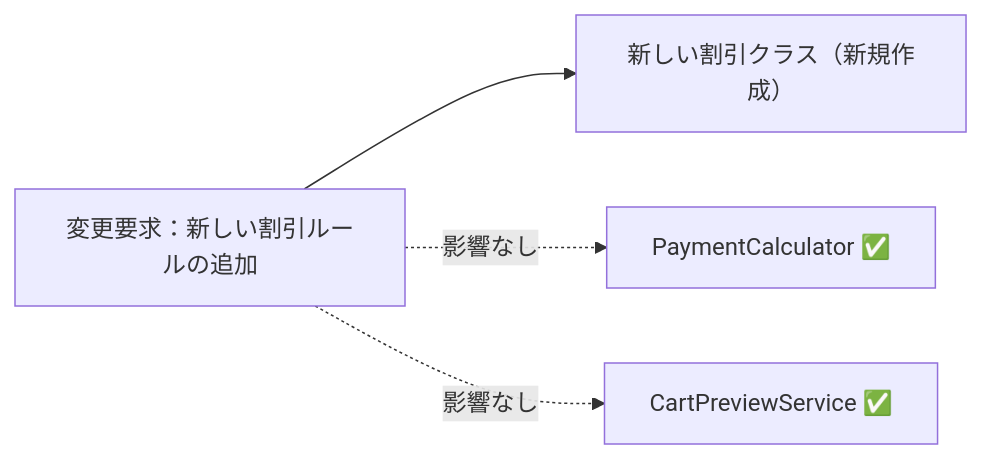
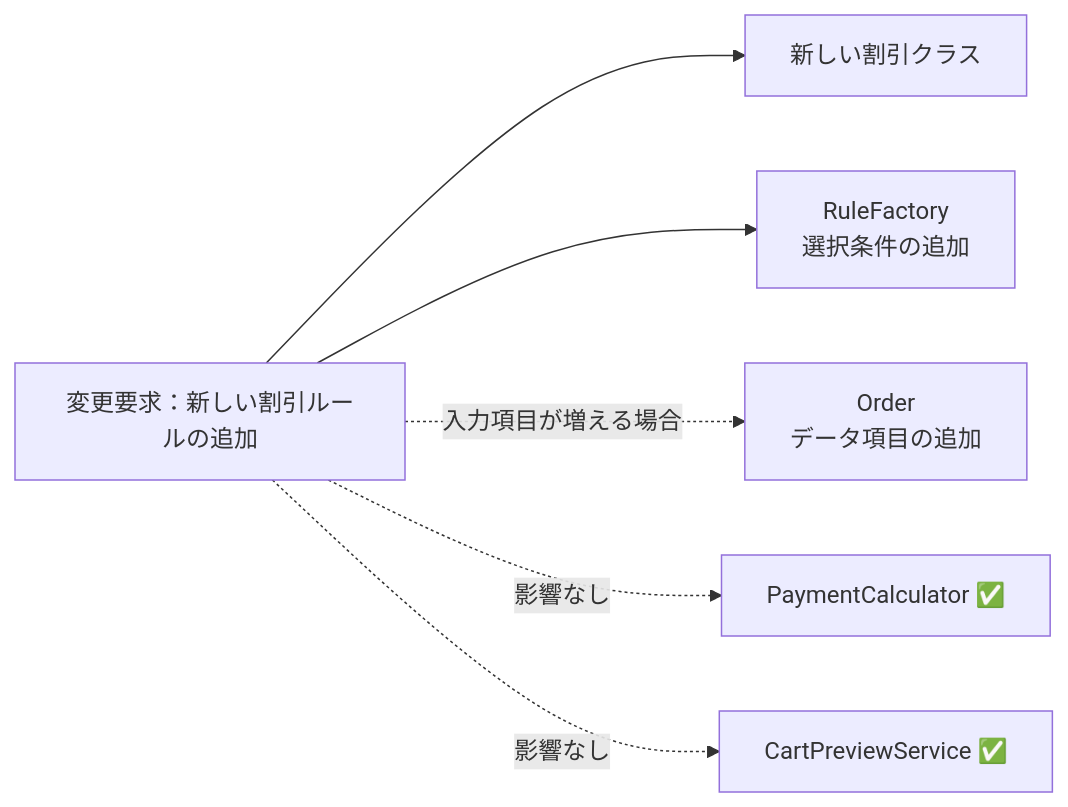
The fourth of 5 diagrams in kindle/design-patterns/output/chapter01.md (kumachan1101-pixel/DesignPattern), drawn with Mermaid before and after one commit. The commit also changed other lines of this file and 1 other file, not shown here.

````diff
--- a/kindle/design-patterns/output/chapter01.md
+++ b/kindle/design-patterns/output/chapter01.md
@@ -987,6 +1003,8 @@
 ```mermaid
 graph LR
-    T1["変更要求：新しい割引ルールの追加"] --> F1["新しい割引クラス（新規作成）"]
+    T1["変更要求：新しい割引ルールの追加"] --> F1["新しい割引クラス"]
+    T1 --> F2["RuleFactory<br>選択条件の追加"]
+    T1 -. "入力項目が増える場合" .-> F3["Order<br>データ項目の追加"]
     T1 -. "影響なし" .-> A["PaymentCalculator ✅"]
     T1 -. "影響なし" .-> B["CartPreviewService ✅"]
 ```
````
